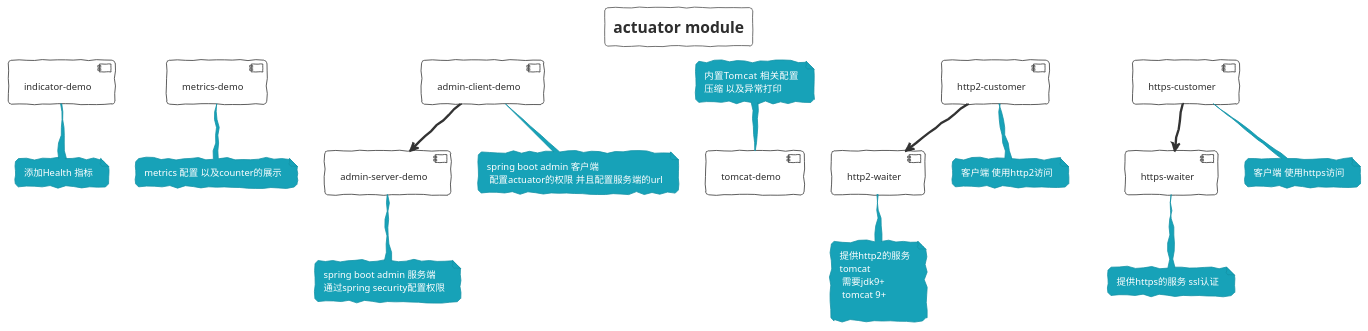
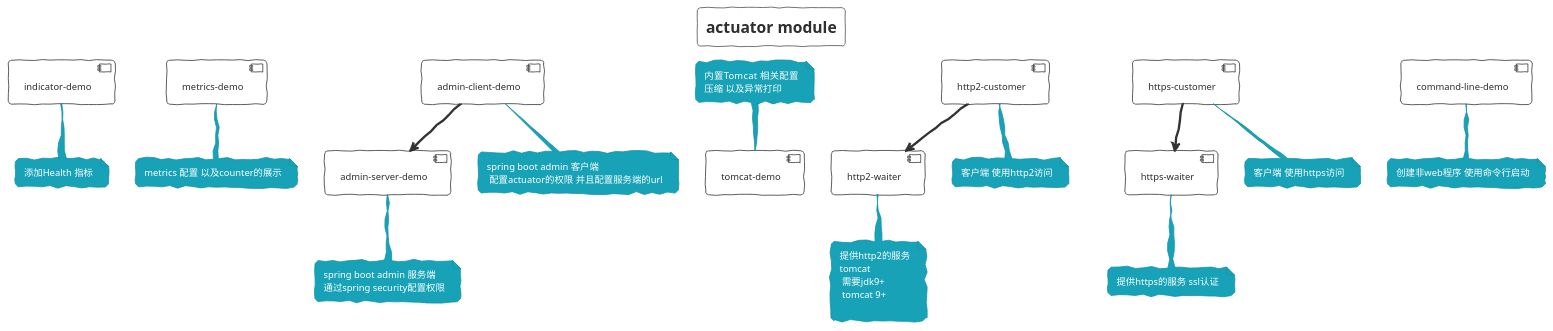
The diagram in spring-boot-actuator/Module.puml (FantasybabyChange/springStudyProject), drawn with PlantUML before and after one commit. The commit also changed 9 other files, not shown here.

Commit message:
add command line

```diff
--- a/spring-boot-actuator/Module.puml
+++ b/spring-boot-actuator/Module.puml
@@ -1,57 +1,63 @@
 @startuml ACTUATOR_MODULE
 !theme sketchy-outline
 title actuator module
 [indicator-demo] as id
 [metrics-demo] as md
 [admin-server-demo] as asd
 [admin-client-demo] as acd
 [tomcat-demo] as td
 
 [http2-customer] as hhc
 [http2-waiter] as hhw
 
 [https-customer] as hhcs
 [https-waiter] as hhws
+[command-line-demo] as cld
+
 note bottom of id
     添加Health 指标
 end note
 
 note bottom of md
   metrics 配置 以及counter的展示
 end note
 note bottom of asd
  spring boot admin 服务端
  通过spring security配置权限
 end note
 note bottom of acd
 spring boot admin 客户端
  配置actuator的权限 并且配置服务端的url
 end note
 acd -->asd
 note top of td
 内置Tomcat  相关配置
 压缩 以及异常打印
 end note
 
 note bottom of hhc
 客户端 使用http2访问
 end note
 
 note bottom of hhw
 提供http2的服务
 tomcat
  需要jdk9+  
  tomcat 9+
 
 end note
 hhc-->hhw
 
 note bottom of hhcs
 客户端 使用https访问
 end note
 
 note bottom of hhws
 提供https的服务 ssl认证
 end note
+
+note bottom of cld
+创建非web程序 使用命令行启动
+end note
 hhcs-->hhws
 @enduml
```
